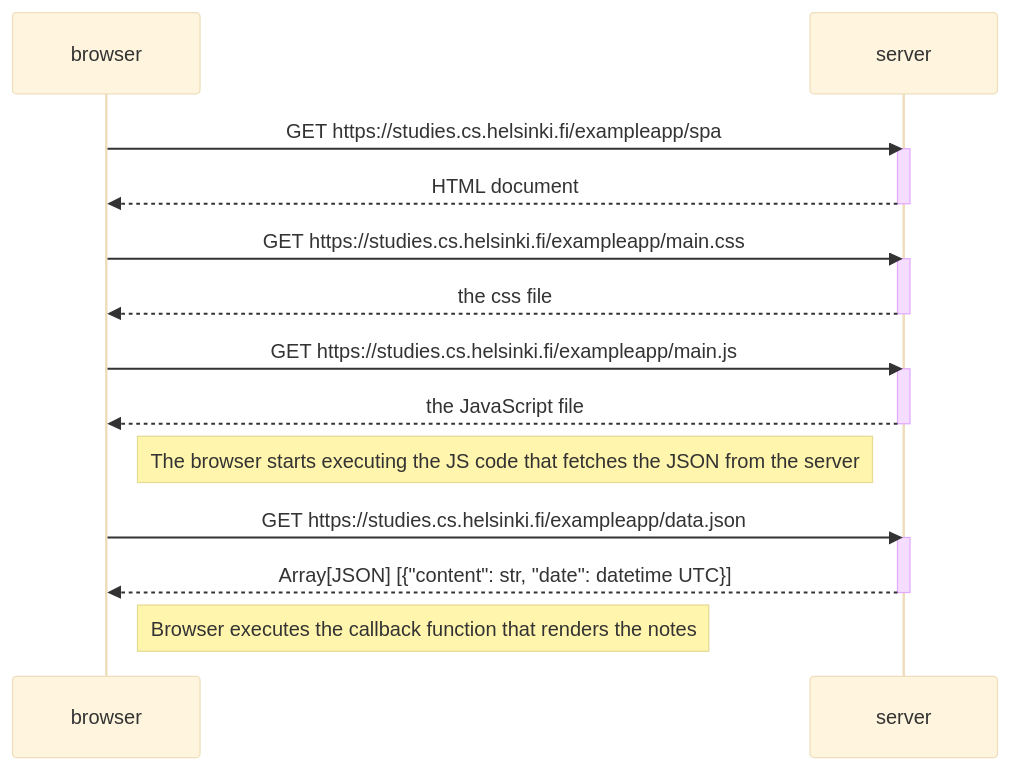
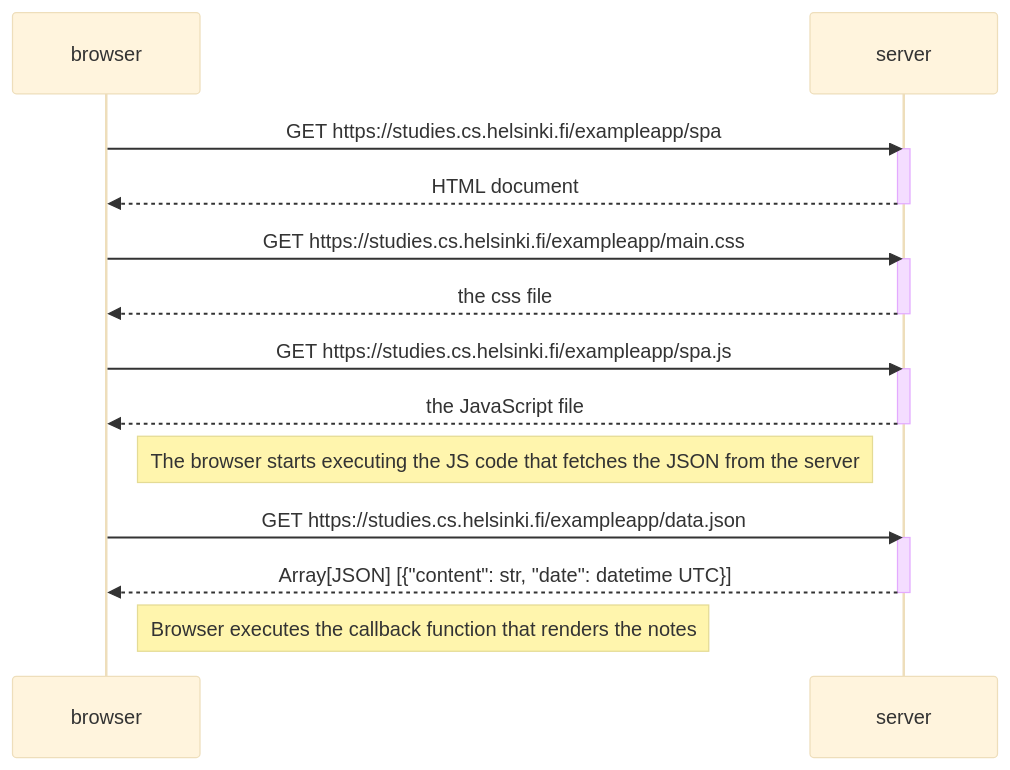
Before and after one commit to danielcieslak/Full-Stack-Open-Course: the diagram in Part 0/0.5: Single page app diagram.md, drawn with Mermaid (base theme).

Commit message:
Update JavaScript file reference in SPA diagram

````diff
--- a/Part 0/0.5: Single page app diagram.md
+++ b/Part 0/0.5: Single page app diagram.md
@@ -1,29 +1,29 @@
 ```mermaid
 sequenceDiagram
     participant browser
     participant server
 
     browser->>server: GET https://studies.cs.helsinki.fi/exampleapp/spa
     activate server
     server-->>browser: HTML document
     deactivate server
 
     browser->>server: GET https://studies.cs.helsinki.fi/exampleapp/main.css
     activate server
     server-->>browser: the css file
     deactivate server
 
-    browser->>server: GET https://studies.cs.helsinki.fi/exampleapp/main.js
+    browser->>server: GET https://studies.cs.helsinki.fi/exampleapp/spa.js
     activate server
     server-->>browser: the JavaScript file
     deactivate server
 
     Note right of browser: The browser starts executing the JS code that fetches the JSON from the server
 
     browser->>server: GET https://studies.cs.helsinki.fi/exampleapp/data.json
     activate server
     server-->>browser:  Array[JSON] [{"content": str, "date": datetime UTC}] 
     deactivate server
 
     Note right of browser: Browser executes the callback function that renders the notes
 ```
````
